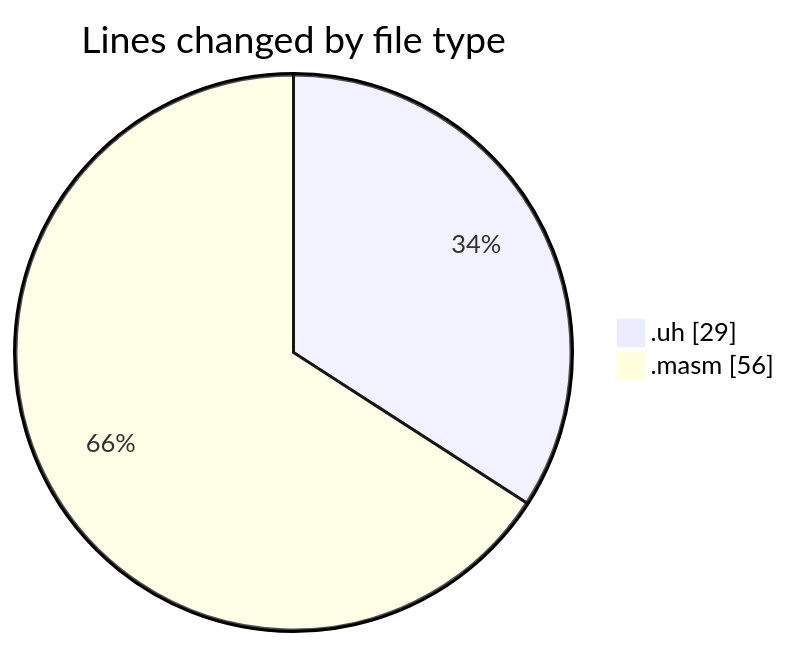
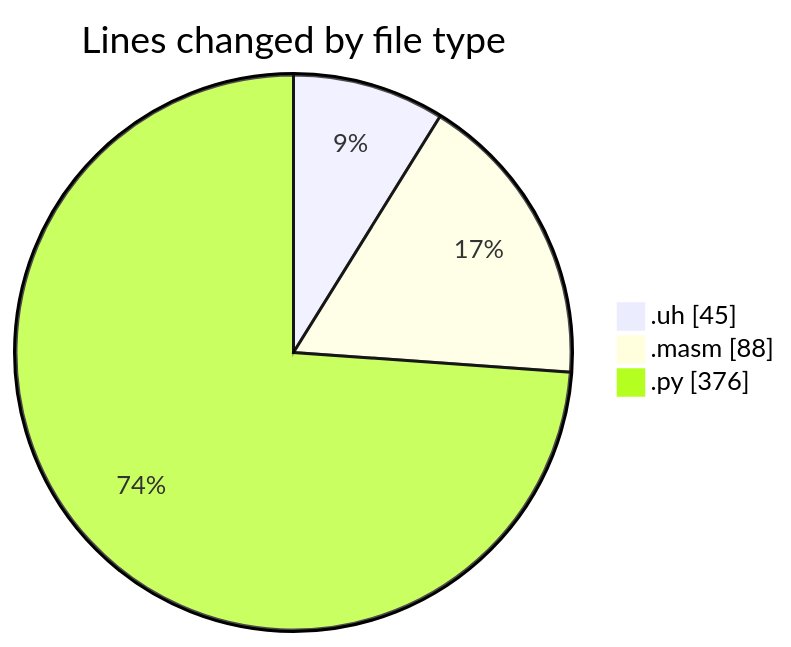
One commit to charlie-sans/code-tracking changed the first of 2 diagrams in 2025-05-02/uhigh-lang/README.md. Above: the diagram before and after it, drawn with Mermaid. The commit also changed other lines of this file and 1 other file, not shown here.

````diff
--- a/2025-05-02/uhigh-lang/README.md
+++ b/2025-05-02/uhigh-lang/README.md
@@ -21,6 +22,7 @@
 ```mermaid
 pie showData
 title Lines changed by file type
-".uh" : 29
-".masm" : 56
+".uh" : 45
+".masm" : 88
+".py" : 376
 ```
````
